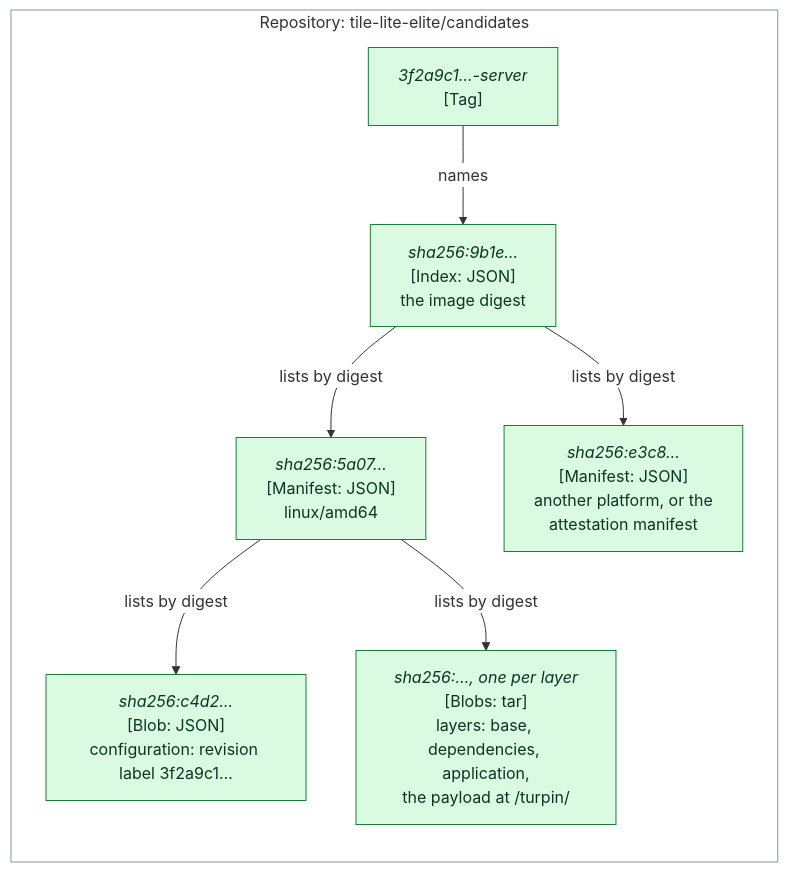
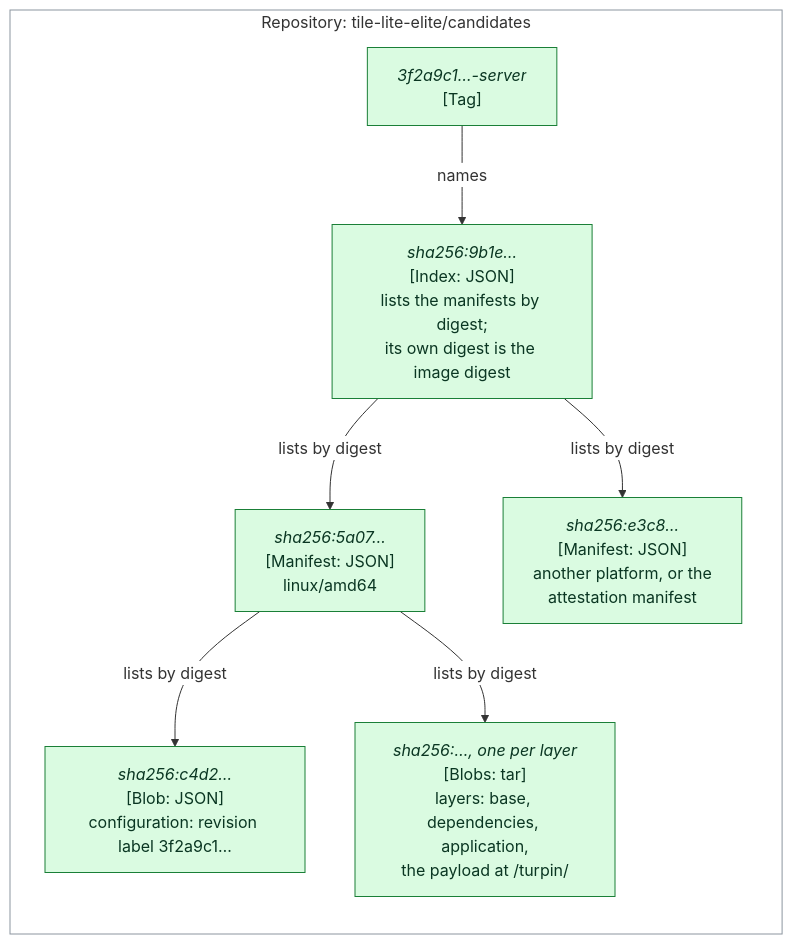
Before and after one commit to delphside/programme: the fifth of 9 diagrams in records/2.5-changes/programme-tooling/117-generic-deliver-tool/design.md, drawn with Mermaid.

Commit message:
Change 117: the index box says its own digest is the image digest
Stephen: "the image digest" under the index read as something the index
holds.

Refs #117

Claude-Session: https://claude.ai/code/session_014C8pM72TmZwJEuKhePejaa

````diff
--- a/records/2.5-changes/programme-tooling/117-generic-deliver-tool/design.md
+++ b/records/2.5-changes/programme-tooling/117-generic-deliver-tool/design.md
@@ -465,19 +465,19 @@
 ```mermaid
 %%{init: {"themeVariables": {"clusterBkg": "#ffffff", "clusterBorder": "#8c959f", "edgeLabelBackground": "#ffffff"}}}%%
 flowchart LR
   subgraph CAND["Repository: tile-lite-elite/candidates"]
     T1["<i>3f2a9c1…-server</i><br>[Tag]"]
-    IX["<i>sha256:9b1e…</i><br>[Index: JSON]<br>the image digest"]
+    IX["<i>sha256:9b1e…</i><br>[Index: JSON]<br>lists the manifests by digest;<br>its own digest is the image digest"]
     M1["<i>sha256:5a07…</i><br>[Manifest: JSON]<br>linux/amd64"]
     M2["<i>sha256:e3c8…</i><br>[Manifest: JSON]<br>another platform, or the<br>attestation manifest"]
     CF1["<i>sha256:c4d2…</i><br>[Blob: JSON]<br>configuration: revision label 3f2a9c1…"]
     L1["<i>sha256:…, one per layer</i><br>[Blobs: tar]<br>layers: base, dependencies, application,<br>the payload at /turpin/"]
   end
   T1 -->|"names"| IX
   IX -->|"lists by digest"| M1
   IX -->|"lists by digest"| M2
   M1 -->|"lists by digest"| CF1
   M1 -->|"lists by digest"| L1
   classDef new          fill:#dafbe1,stroke:#1a7f37,color:#0a3622
   class T1,IX,M1,M2,CF1,L1 new
 ```
````
